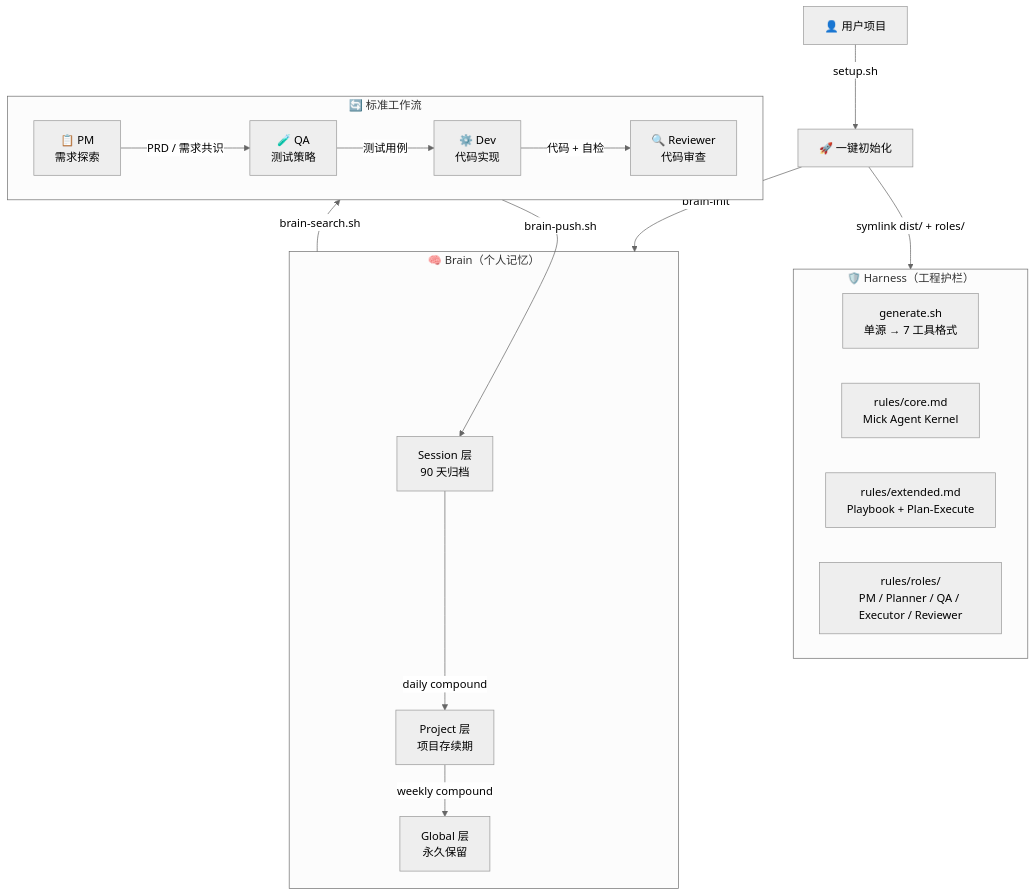
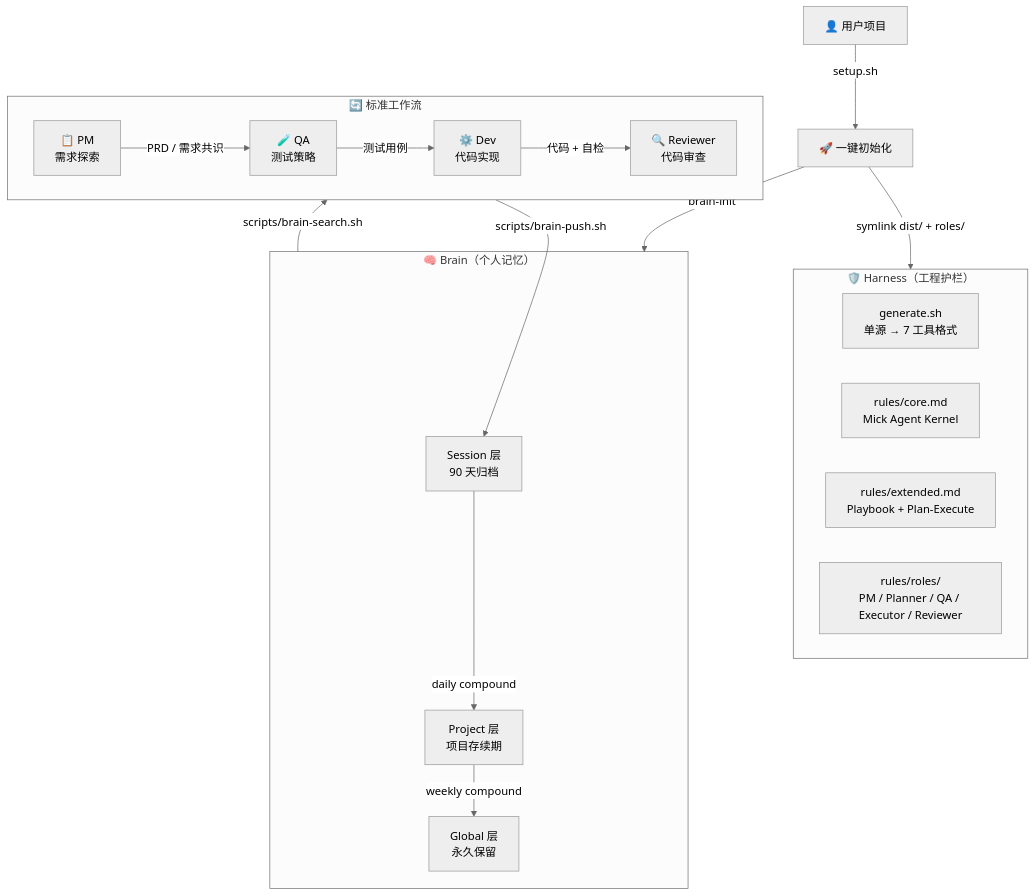
One commit to MickMi/mick_harness_rules changed the diagram in README.md. Above: the diagram before and after it, drawn with Mermaid (neutral theme). The commit also changed other lines of this file and 23 other files, not shown here.

````diff
--- a/README.md
+++ b/README.md
@@ -160,33 +160,33 @@
 ```mermaid
 flowchart TD
     subgraph Harness["🛡️ Harness（工程护栏）"]
         GEN["generate.sh<br/>单源 → 7 工具格式"]
         CORE["rules/core.md<br/>Mick Agent Kernel"]
         EXT["rules/extended.md<br/>Playbook + Plan-Execute"]
         ROLES["rules/roles/<br/>PM / Planner / QA / Executor / Reviewer"]
     end
 
     subgraph Flow["🔄 标准工作流"]
         PM["📋 PM<br/>需求探索"]
         QA["🧪 QA<br/>测试策略"]
         DEV["⚙️ Dev<br/>代码实现"]
         RV["🔍 Reviewer<br/>代码审查"]
         PM -->|"PRD / 需求共识"| QA
         QA -->|"测试用例"| DEV
         DEV -->|"代码 + 自检"| RV
     end
 
     subgraph Brain["🧠 Brain（个人记忆）"]
         S["Session 层<br/>90 天归档"]
         P["Project 层<br/>项目存续期"]
         G["Global 层<br/>永久保留"]
         S -->|"daily compound"| P
         P -->|"weekly compound"| G
     end
 
     User["👤 用户项目"] -->|"setup.sh"| Init["🚀 一键初始化"]
     Init -->|"symlink dist/ + roles/"| Harness
     Init -->|"brain-init"| Brain
-    Flow -->|"brain-push.sh"| S
-    Brain -->|"brain-search.sh"| Flow
+    Flow -->|"scripts/brain-push.sh"| S
+    Brain -->|"scripts/brain-search.sh"| Flow
 ```
````
